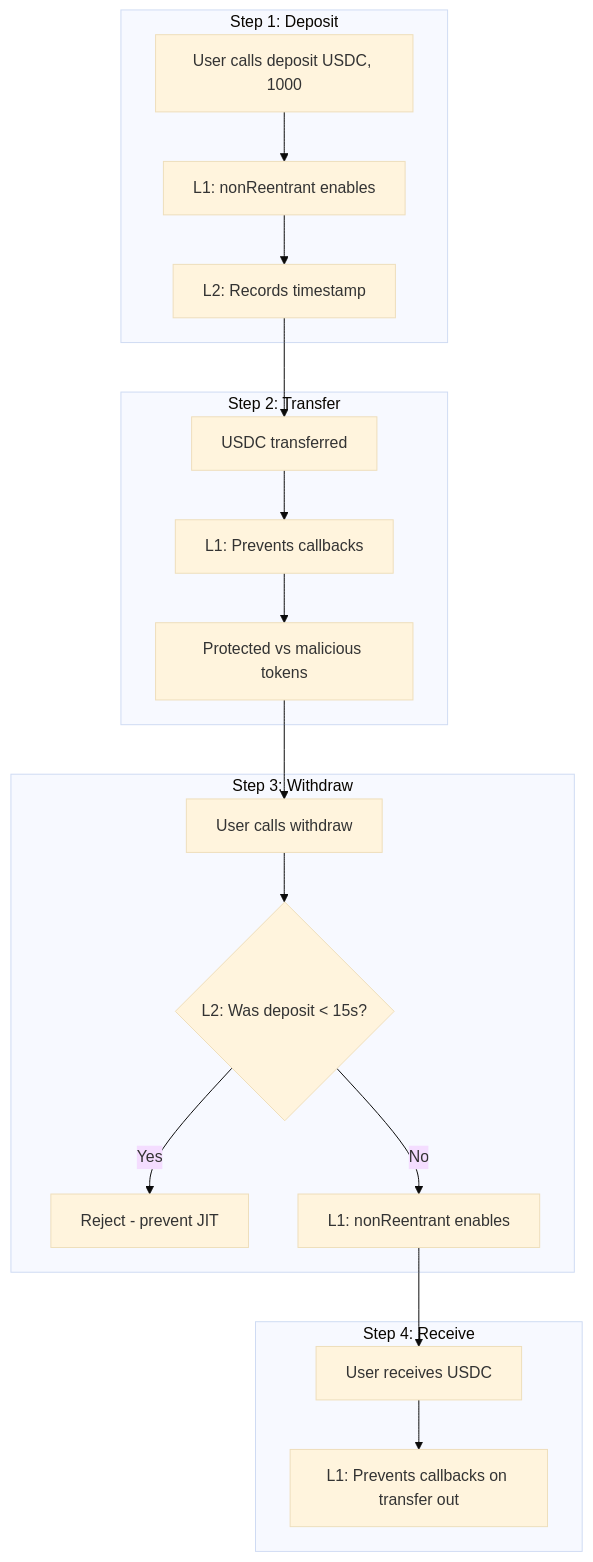
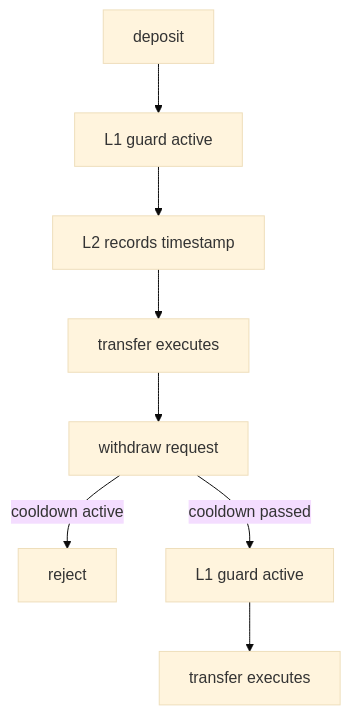
The eighth of 9 diagrams in docs/3. Security/3.4. Flow Guards.md (btr-protocol/dex), drawn with Mermaid (base theme) before and after one commit. The commit also changed other lines of this file and 27 other files, not shown here.

````diff
--- a/docs/3. Security/3.4. Flow Guards.md
+++ b/docs/3. Security/3.4. Flow Guards.md
@@ -365,26 +330,10 @@
 ```mermaid
 graph TB
-    subgraph Step 1: Deposit
-        A1[User calls deposit USDC, 1000] --> A2[L1: nonReentrant enables]
-        A2 --> A3[L2: Records timestamp]
-    end
-
-    subgraph Step 2: Transfer
-        B1[USDC transferred] --> B2[L1: Prevents callbacks]
-        B2 --> B3[Protected vs malicious tokens]
-    end
-
-    subgraph Step 3: Withdraw
-        C1[User calls withdraw] --> C2{L2: Was deposit < 15s?}
-        C2 -->|Yes| C3[Reject - prevent JIT]
-        C2 -->|No| C4[L1: nonReentrant enables]
-    end
-
-    subgraph Step 4: Receive
-        D1[User receives USDC] --> D2[L1: Prevents callbacks on transfer out]
-    end
-
-    A3 --> B1
-    B3 --> C1
-    C4 --> D1
+    A1[deposit] --> A2[L1 guard active]
+    A2 --> A3[L2 records timestamp]
+    A3 --> B1[transfer executes]
+    B1 --> C1[withdraw request]
+    C1 -->|cooldown active| C2[reject]
+    C1 -->|cooldown passed| C3[L1 guard active]
+    C3 --> D1[transfer executes]
 ```
````
